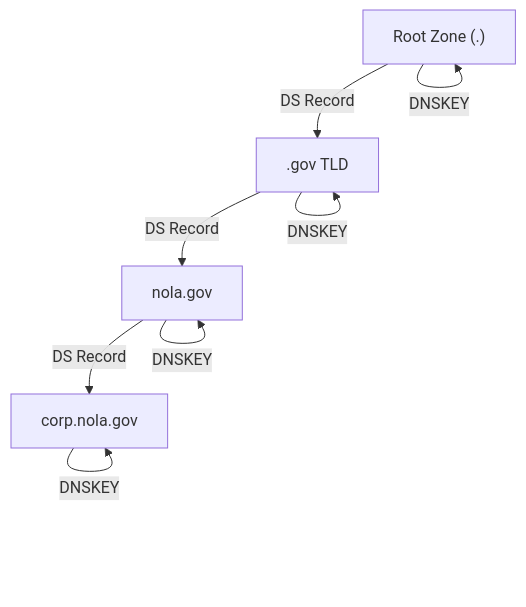
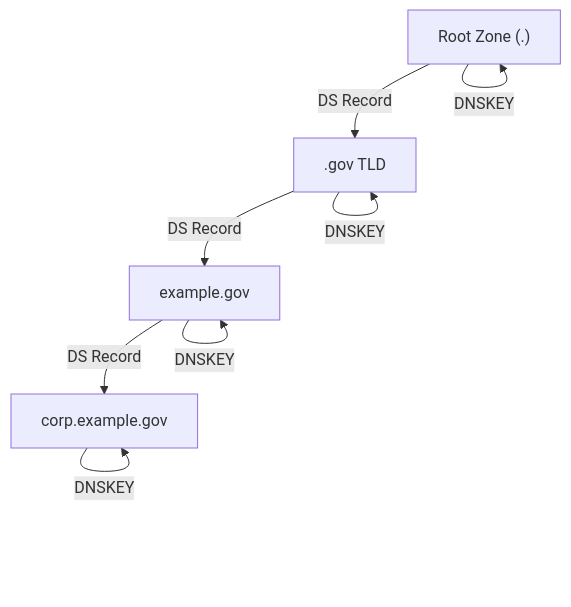
Before and after one commit to NewOrleansITI/networkstandards: the third of 6 diagrams in docs/services/dns-standards.md, drawn with Mermaid. The commit also changed other lines of this file and 17 other files, not shown here.

````diff
--- a/docs/services/dns-standards.md
+++ b/docs/services/dns-standards.md
@@ -135,16 +135,16 @@
 ```mermaid
 graph TB
     ROOT["Root Zone (.)"]
     TLD[".gov TLD"]
-    SLD["nola.gov"]
-    INTERNAL["corp.nola.gov"]
+    SLD["example.gov"]
+    INTERNAL["corp.example.gov"]
 
     ROOT --> |"DS Record"| TLD
     TLD --> |"DS Record"| SLD
     SLD --> |"DS Record"| INTERNAL
 
     ROOT --> |"DNSKEY"| ROOT
     TLD --> |"DNSKEY"| TLD
     SLD --> |"DNSKEY"| SLD
     INTERNAL --> |"DNSKEY"| INTERNAL
 ```
````
